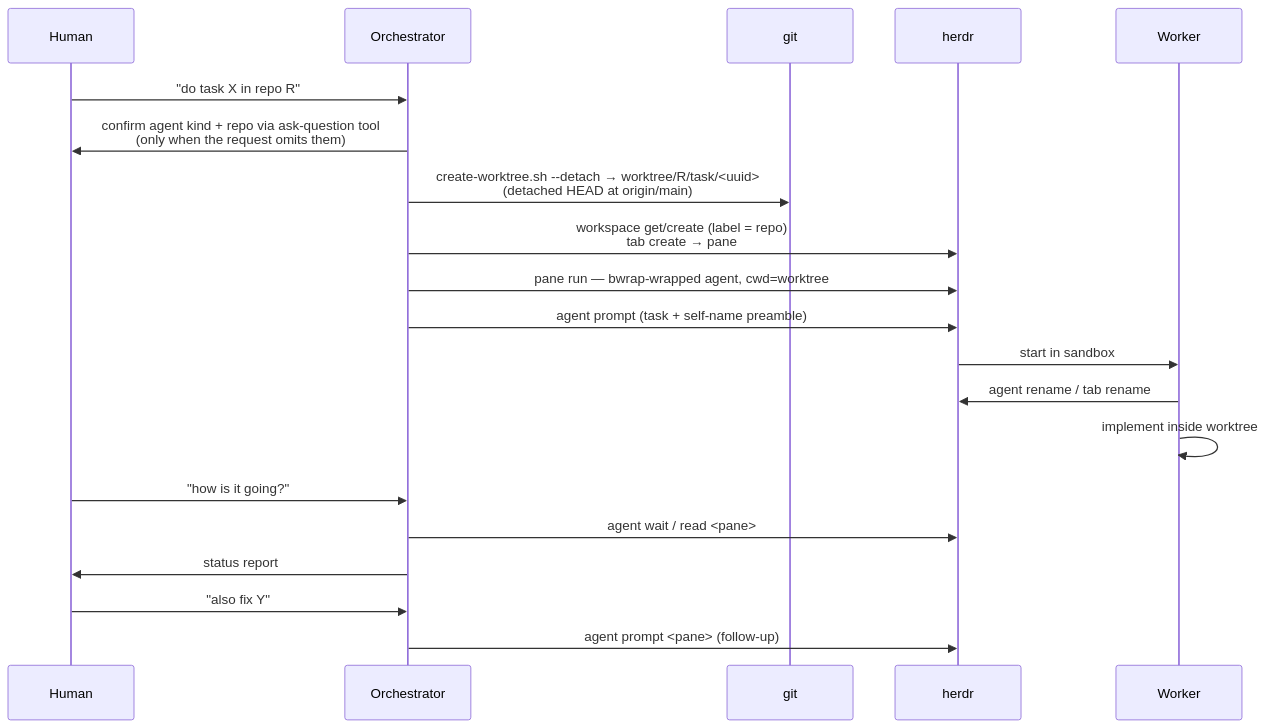
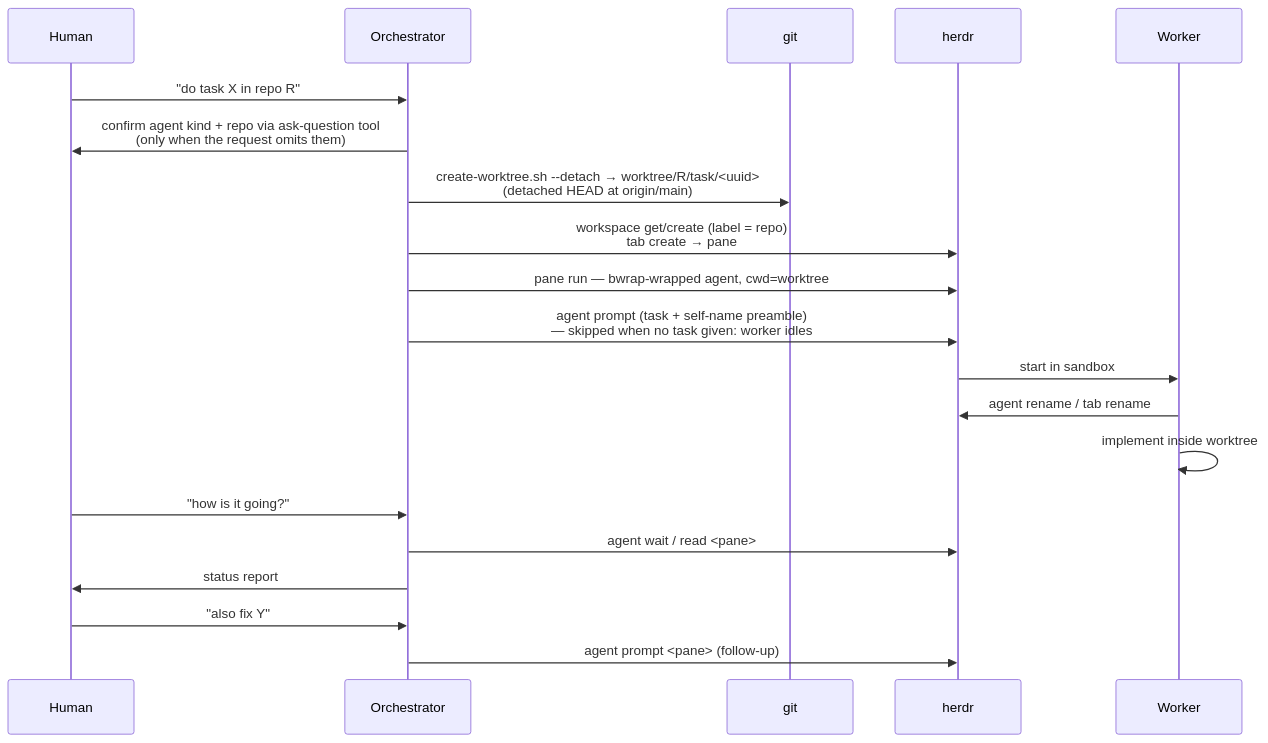
One commit to Nyarducks/Worktreeharness changed the diagram in docs/design/orchestration.md. Above: the diagram before and after it, drawn with Mermaid. The commit also changed other lines of this file and 7 other files, not shown here.

First line of the commit message:
Allow spawning a worker with no task

````diff
--- a/docs/design/orchestration.md
+++ b/docs/design/orchestration.md
@@ -21,23 +21,23 @@
 ```mermaid
 sequenceDiagram
     participant H as Human
     participant O as Orchestrator
     participant G as git
     participant R as herdr
     participant W as Worker
 
     H->>O: "do task X in repo R"
     O->>H: confirm agent kind + repo via ask-question tool<br/>(only when the request omits them)
     O->>G: create-worktree.sh --detach → worktree/R/task/<uuid><br/>(detached HEAD at origin/main)
     O->>R: workspace get/create (label = repo)<br/>tab create → pane
     O->>R: pane run — bwrap-wrapped agent, cwd=worktree
-    O->>R: agent prompt (task + self-name preamble)
+    O->>R: agent prompt (task + self-name preamble)<br/>— skipped when no task given: worker idles
     R->>W: start in sandbox
     W->>R: agent rename / tab rename
     W->>W: implement inside worktree
     H->>O: "how is it going?"
     O->>R: agent wait / read <pane>
     O->>H: status report
     H->>O: "also fix Y"
     O->>R: agent prompt <pane> (follow-up)
 ```
````
